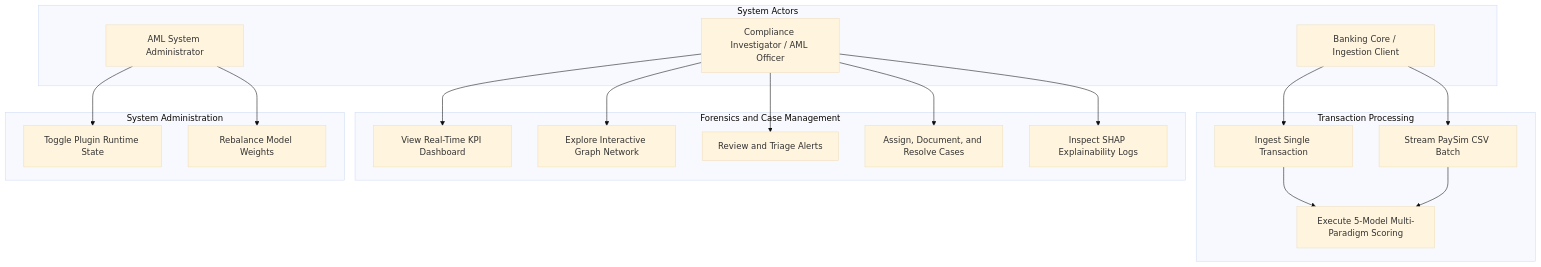
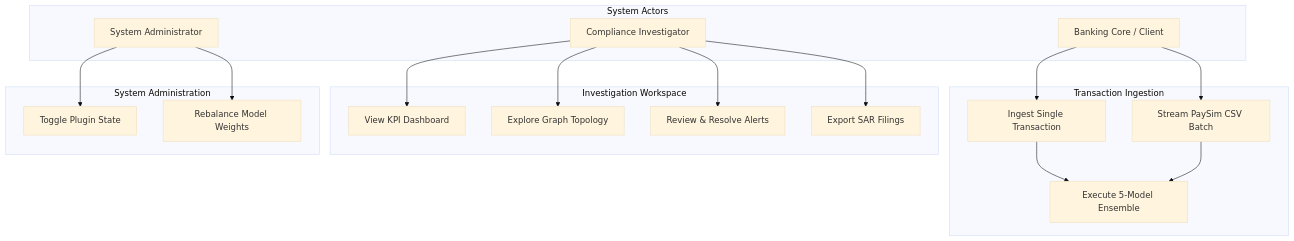
Before and after one commit to BharathKumar113/anti_money_laundering: the tenth of 14 diagrams in documentation.md, drawn with Mermaid (base theme). The commit also changed other lines of this file, not shown here.

Commit message:
docs: finalize full-length academic documentation with dual-rendered UML and architecture diagrams

````diff
--- a/documentation.md
+++ b/documentation.md
@@ -617,41 +759,34 @@
 ```mermaid
 flowchart TD
     subgraph Actors["System Actors"]
-        Client["Banking Core / Ingestion Client"]
-        Analyst["Compliance Investigator / AML Officer"]
-        Admin["AML System Administrator"]
+        Client["Banking Core / Client"]
+        Analyst["Compliance Investigator"]
+        Admin["System Administrator"]
     end
-
-    subgraph TransactionsUC["Transaction Processing"]
+    subgraph UC_Ingest["Transaction Ingestion"]
         UC1["Ingest Single Transaction"]
         UC2["Stream PaySim CSV Batch"]
-        UC3["Execute 5-Model Multi-Paradigm Scoring"]
+        UC3["Execute 5-Model Ensemble"]
     end
-
-    subgraph ForensicsUC["Forensics and Case Management"]
-        UC4["View Real-Time KPI Dashboard"]
-        UC5["Explore Interactive Graph Network"]
-        UC6["Review and Triage Alerts"]
-        UC7["Assign, Document, and Resolve Cases"]
-        UC8["Inspect SHAP Explainability Logs"]
+    subgraph UC_Investigate["Investigation Workspace"]
+        UC4["View KPI Dashboard"]
+        UC5["Explore Graph Topology"]
+        UC6["Review & Resolve Alerts"]
+        UC7["Export SAR Filings"]
     end
-
-    subgraph AdminUC["System Administration"]
-        UC9["Toggle Plugin Runtime State"]
-        UC10["Rebalance Model Weights"]
+    subgraph UC_Admin["System Administration"]
+        UC8["Toggle Plugin State"]
+        UC9["Rebalance Model Weights"]
     end
 
     Client --> UC1
     Client --> UC2
     UC1 --> UC3
     UC2 --> UC3
-
     Analyst --> UC4
     Analyst --> UC5
     Analyst --> UC6
     Analyst --> UC7
-    Analyst --> UC8
-
+    Admin --> UC8
     Admin --> UC9
-    Admin --> UC10
 ```
````
